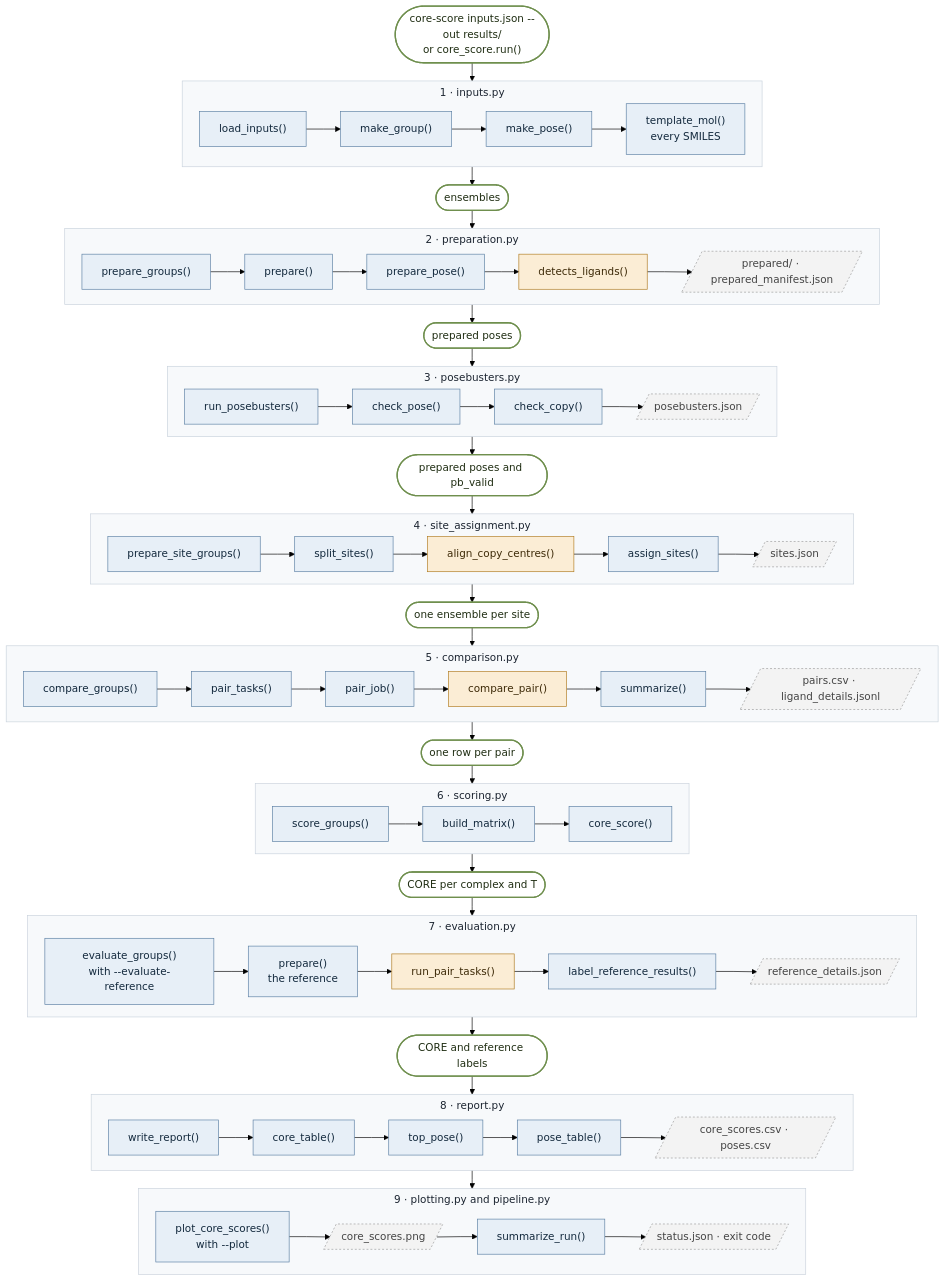
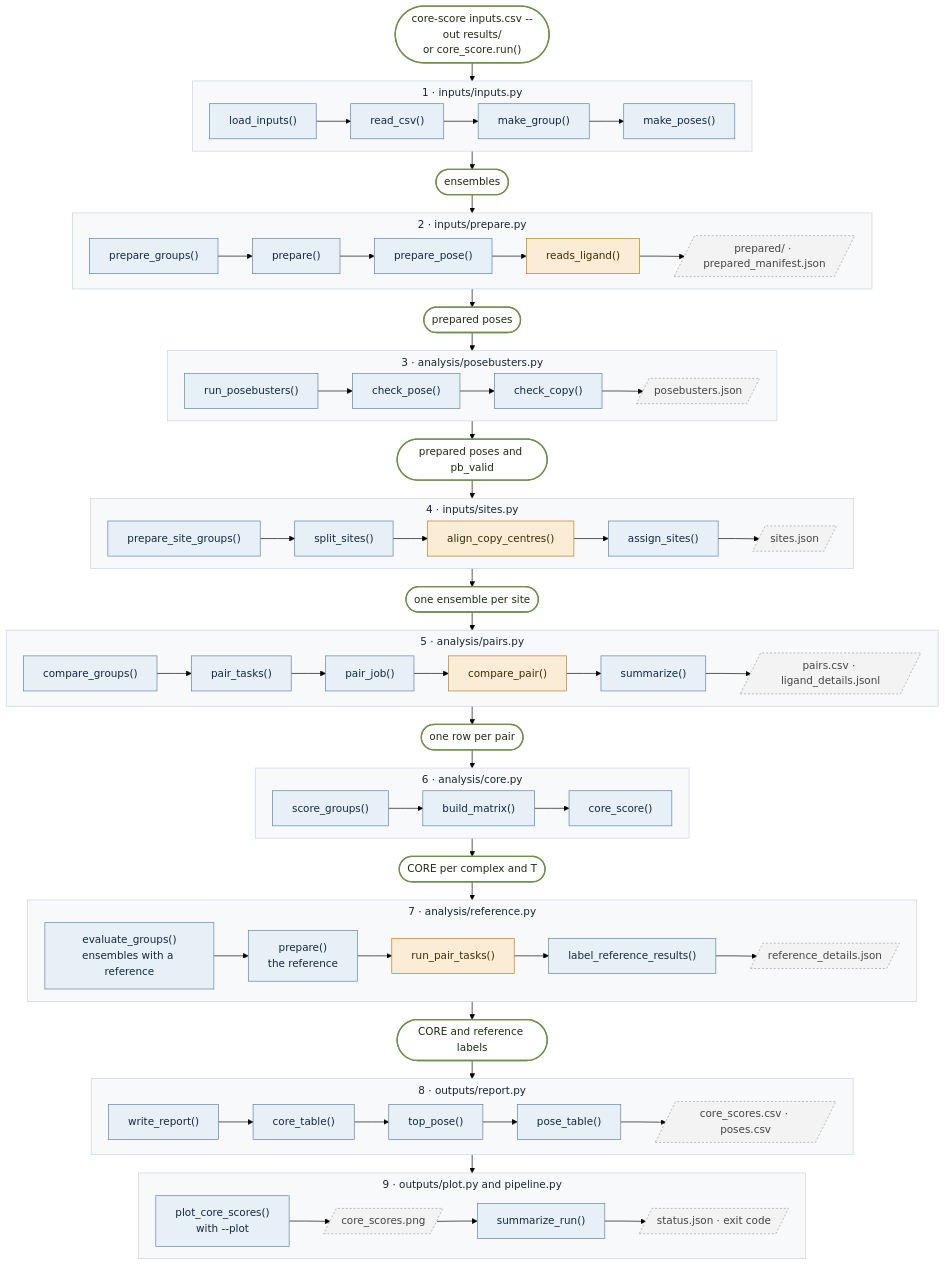
The first of 9 diagrams in docs/code-map.md (James-Broster/core-score), drawn with Mermaid (forest theme) before and after one commit. The commit also changed other lines of this file and 47 other files, not shown here.

Commit message:
CSV input, core-score-csv, paper correctness, BSD 3-Clause licence

````diff
--- a/docs/code-map.md
+++ b/docs/code-map.md
@@ -15,67 +15,67 @@
 ```mermaid
 %%{init: {"flowchart": {"curve": "linear", "nodeSpacing": 18, "rankSpacing": 28, "subGraphTitleMargin": {"top": 6, "bottom": 10}}}}%%
 flowchart TB
     classDef fn fill:#e7eff7,stroke:#5b7fa3,color:#13293d
     classDef ost fill:#fbedd5,stroke:#b07a1e,color:#3d2a08
     classDef data fill:#ffffff,stroke:#6f8f4e,color:#1f2d12,stroke-width:2px
     classDef file fill:#f3f3f3,stroke:#9a9a9a,color:#444,stroke-dasharray:3 3
     classDef stage fill:#f7f9fb,stroke:#c9d2dc,color:#1b2430
 
-    start(["core-score inputs.json --out results/<br/>or core_score.run()"]):::data
+    start(["core-score inputs.csv --out results/<br/>or core_score.run()"]):::data
 
-    subgraph R1["1 · inputs.py"]
+    subgraph R1["1 · inputs/inputs.py"]
         direction LR
-        a1["load_inputs()"]:::fn --> a2["make_group()"]:::fn --> a3["make_pose()"]:::fn --> a4["template_mol()<br/>every SMILES"]:::fn
+        a1["load_inputs()"]:::fn --> a2["read_csv()"]:::fn --> a3["make_group()"]:::fn --> a4["make_poses()"]:::fn
     end
     d1(["ensembles"]):::data
 
-    subgraph R2["2 · preparation.py"]
+    subgraph R2["2 · inputs/prepare.py"]
         direction LR
-        b1["prepare_groups()"]:::fn --> b2["prepare()"]:::fn --> b3["prepare_pose()"]:::fn --> b4["detects_ligands()"]:::ost --> b5[/"prepared/ · prepared_manifest.json"/]:::file
+        b1["prepare_groups()"]:::fn --> b2["prepare()"]:::fn --> b3["prepare_pose()"]:::fn --> b4["reads_ligand()"]:::ost --> b5[/"prepared/ · prepared_manifest.json"/]:::file
     end
     d2(["prepared poses"]):::data
 
-    subgraph R3["3 · posebusters.py"]
+    subgraph R3["3 · analysis/posebusters.py"]
         direction LR
         c1["run_posebusters()"]:::fn --> c2["check_pose()"]:::fn --> c3["check_copy()"]:::fn --> c4[/"posebusters.json"/]:::file
     end
     d3(["prepared poses and pb_valid"]):::data
 
-    subgraph R4["4 · site_assignment.py"]
+    subgraph R4["4 · inputs/sites.py"]
         direction LR
         e1["prepare_site_groups()"]:::fn --> e2["split_sites()"]:::fn --> e3["align_copy_centres()"]:::ost --> e4["assign_sites()"]:::fn --> e5[/"sites.json"/]:::file
     end
     d4(["one ensemble per site"]):::data
 
-    subgraph R5["5 · comparison.py"]
+    subgraph R5["5 · analysis/pairs.py"]
         direction LR
         g1["compare_groups()"]:::fn --> g2["pair_tasks()"]:::fn --> g3["pair_job()"]:::fn --> g4["compare_pair()"]:::ost --> g5["summarize()"]:::fn --> g6[/"pairs.csv · ligand_details.jsonl"/]:::file
     end
     d5(["one row per pair"]):::data
 
-    subgraph R6["6 · scoring.py"]
+    subgraph R6["6 · analysis/core.py"]
         direction LR
         h1["score_groups()"]:::fn --> h2["build_matrix()"]:::fn --> h3["core_score()"]:::fn
     end
     d6(["CORE per complex and T"]):::data
 
-    subgraph R7["7 · evaluation.py"]
+    subgraph R7["7 · analysis/reference.py"]
         direction LR
-        i1["evaluate_groups()<br/>with --evaluate-reference"]:::fn --> i2["prepare()<br/>the reference"]:::fn --> i3["run_pair_tasks()"]:::ost --> i4["label_reference_results()"]:::fn --> i5[/"reference_details.json"/]:::file
+        i1["evaluate_groups()<br/>ensembles with a reference"]:::fn --> i2["prepare()<br/>the reference"]:::fn --> i3["run_pair_tasks()"]:::ost --> i4["label_reference_results()"]:::fn --> i5[/"reference_details.json"/]:::file
     end
     d7(["CORE and reference labels"]):::data
 
-    subgraph R8["8 · report.py"]
+    subgraph R8["8 · outputs/report.py"]
         direction LR
         j1["write_report()"]:::fn --> j2["core_table()"]:::fn --> j3["top_pose()"]:::fn --> j4["pose_table()"]:::fn --> j5[/"core_scores.csv · poses.csv"/]:::file
     end
 
-    subgraph R9["9 · plotting.py and pipeline.py"]
+    subgraph R9["9 · outputs/plot.py and pipeline.py"]
         direction LR
         k0["plot_core_scores()<br/>with --plot"]:::fn --> k1[/"core_scores.png"/]:::file --> k2["summarize_run()"]:::fn --> k3[/"status.json · exit code"/]:::file
     end
 
     start --> R1 --> d1 --> R2 --> d2 --> R3 --> d3 --> R4 --> d4 --> R5 --> d5 --> R6 --> d6 --> R7 --> d7 --> R8 --> R9
 
     class R1,R2,R3,R4,R5,R6,R7,R8,R9 stage
 ```
````
